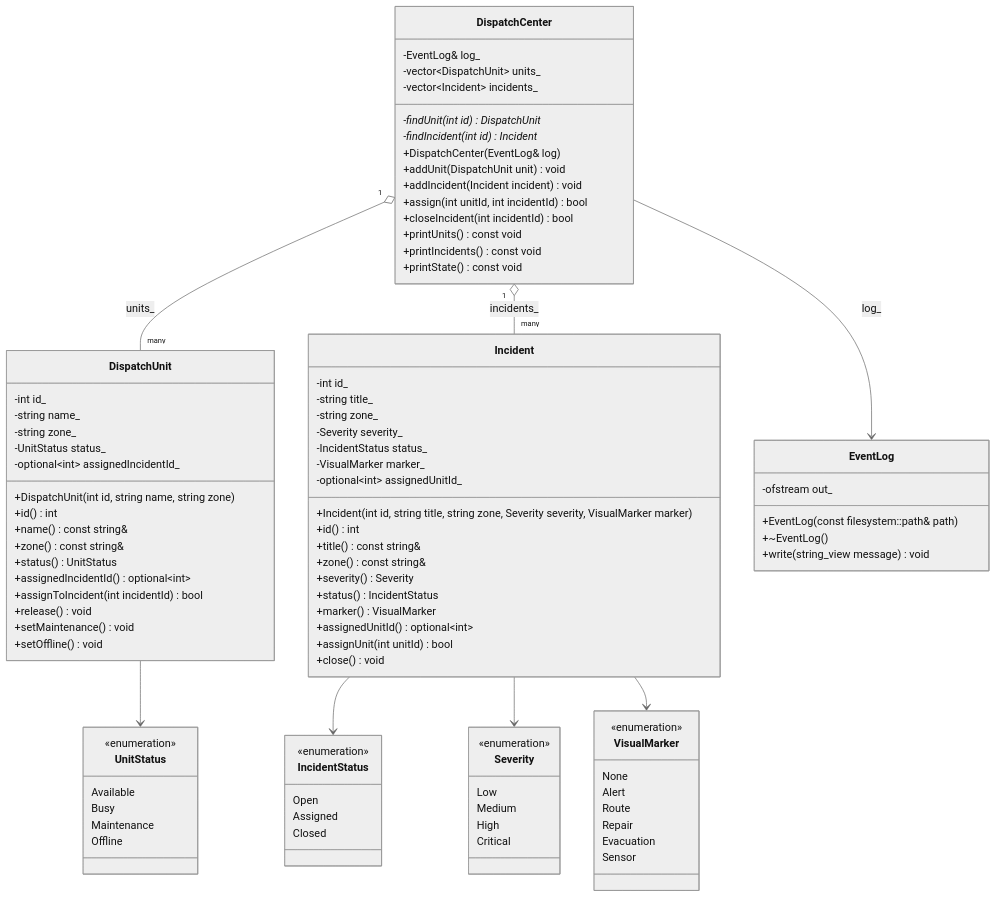
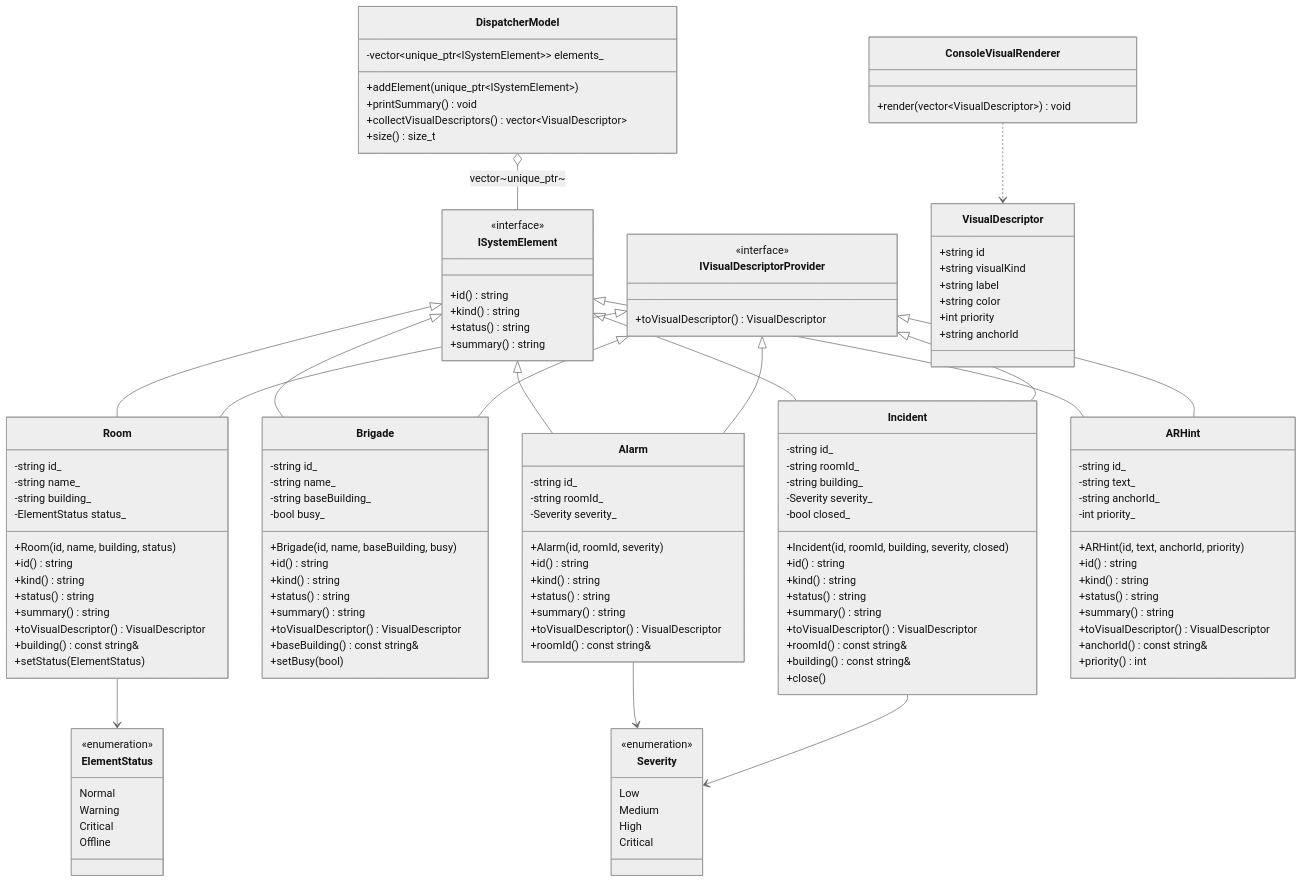
One commit to Nerieme/dispatcher_trainer changed the diagram in diagrams/model.mmd. Above: the diagram before and after it, drawn with Mermaid (neutral theme). The commit also changed 47 other files, not shown here.

```diff
--- a/diagrams/model.mmd
+++ b/diagrams/model.mmd
@@ -1,102 +1,144 @@
 classDiagram
-    class DispatchUnit {
-        -int id_
+    class ISystemElement {
+        <<interface>>
+        +id() string
+        +kind() string
+        +status() string
+        +summary() string
+    }
+
+    class IVisualDescriptorProvider {
+        <<interface>>
+        +toVisualDescriptor() VisualDescriptor
+    }
+
+    class Room {
+        -string id_
         -string name_
-        -string zone_
-        -UnitStatus status_
-        -optional~int~ assignedIncidentId_
-        +DispatchUnit(int id, string name, string zone)
-        +id() int
-        +name() const string&
-        +zone() const string&
-        +status() UnitStatus
-        +assignedIncidentId() optional~int~
-        +assignToIncident(int incidentId) bool
-        +release() void
-        +setMaintenance() void
-        +setOffline() void
+        -string building_
+        -ElementStatus status_
+        +Room(id, name, building, status)
+        +id() string
+        +kind() string
+        +status() string
+        +summary() string
+        +toVisualDescriptor() VisualDescriptor
+        +building() const string&
+        +setStatus(ElementStatus)
+    }
+
+    class Brigade {
+        -string id_
+        -string name_
+        -string baseBuilding_
+        -bool busy_
+        +Brigade(id, name, baseBuilding, busy)
+        +id() string
+        +kind() string
+        +status() string
+        +summary() string
+        +toVisualDescriptor() VisualDescriptor
+        +baseBuilding() const string&
+        +setBusy(bool)
+    }
+
+    class Alarm {
+        -string id_
+        -string roomId_
+        -Severity severity_
+        +Alarm(id, roomId, severity)
+        +id() string
+        +kind() string
+        +status() string
+        +summary() string
+        +toVisualDescriptor() VisualDescriptor
+        +roomId() const string&
     }
 
     class Incident {
-        -int id_
-        -string title_
-        -string zone_
+        -string id_
+        -string roomId_
+        -string building_
         -Severity severity_
-        -IncidentStatus status_
-        -VisualMarker marker_
-        -optional~int~ assignedUnitId_
-        +Incident(int id, string title, string zone, Severity severity, VisualMarker marker)
-        +id() int
-        +title() const string&
-        +zone() const string&
-        +severity() Severity
-        +status() IncidentStatus
-        +marker() VisualMarker
-        +assignedUnitId() optional~int~
-        +assignUnit(int unitId) bool
-        +close() void
+        -bool closed_
+        +Incident(id, roomId, building, severity, closed)
+        +id() string
+        +kind() string
+        +status() string
+        +summary() string
+        +toVisualDescriptor() VisualDescriptor
+        +roomId() const string&
+        +building() const string&
+        +close()
     }
 
-    class EventLog {
-        -ofstream out_
-        +EventLog(const filesystem::path& path)
-        +~EventLog()
-        +write(string_view message) void
+    class ARHint {
+        -string id_
+        -string text_
+        -string anchorId_
+        -int priority_
+        +ARHint(id, text, anchorId, priority)
+        +id() string
+        +kind() string
+        +status() string
+        +summary() string
+        +toVisualDescriptor() VisualDescriptor
+        +anchorId() const string&
+        +priority() int
     }
 
-    class DispatchCenter {
-        -EventLog& log_
-        -vector~DispatchUnit~ units_
-        -vector~Incident~ incidents_
-        -findUnit(int id) DispatchUnit*
-        -findIncident(int id) Incident*
-        +DispatchCenter(EventLog& log)
-        +addUnit(DispatchUnit unit) void
-        +addIncident(Incident incident) void
-        +assign(int unitId, int incidentId) bool
-        +closeIncident(int incidentId) bool
-        +printUnits() const void
-        +printIncidents() const void
-        +printState() const void
+    class VisualDescriptor {
+        +string id
+        +string visualKind
+        +string label
+        +string color
+        +int priority
+        +string anchorId
     }
 
-    class UnitStatus {
-        <<enumeration>>
-        Available
-        Busy
-        Maintenance
-        Offline
+    class ConsoleVisualRenderer {
+        +render(vector~VisualDescriptor~) void
     }
 
-    class IncidentStatus {
+    class DispatcherModel {
+        -vector~unique_ptr~ISystemElement~~ elements_
+        +addElement(unique_ptr~ISystemElement~)
+        +printSummary() void
+        +collectVisualDescriptors() vector~VisualDescriptor~
+        +size() size_t
+    }
+
+    class ElementStatus {
         <<enumeration>>
-        Open
-        Assigned
-        Closed
+        Normal
+        Warning
+        Critical
+        Offline
     }
 
     class Severity {
         <<enumeration>>
         Low
         Medium
         High
         Critical
     }
 
-    class VisualMarker {
-        <<enumeration>>
-        None
-        Alert
-        Route
-        Repair
-        Evacuation
-        Sensor
-    }
+    ISystemElement <|-- Room
+    ISystemElement <|-- Brigade
+    ISystemElement <|-- Alarm
+    ISystemElement <|-- Incident
+    ISystemElement <|-- ARHint
 
-    DispatchCenter "1" o-- "many" DispatchUnit : units_
-    DispatchCenter "1" o-- "many" Incident : incidents_
-    DispatchCenter --> EventLog : log_
-    DispatchUnit --> UnitStatus
-    Incident --> IncidentStatus
+    IVisualDescriptorProvider <|-- Room
+    IVisualDescriptorProvider <|-- Brigade
+    IVisualDescriptorProvider <|-- Alarm
+    IVisualDescriptorProvider <|-- Incident
+    IVisualDescriptorProvider <|-- ARHint
+
+    Room --> ElementStatus
+    Alarm --> Severity
     Incident --> Severity
-    Incident --> VisualMarker
+
+    DispatcherModel o-- ISystemElement : vector~unique_ptr~
+    ConsoleVisualRenderer ..> VisualDescriptor
```
